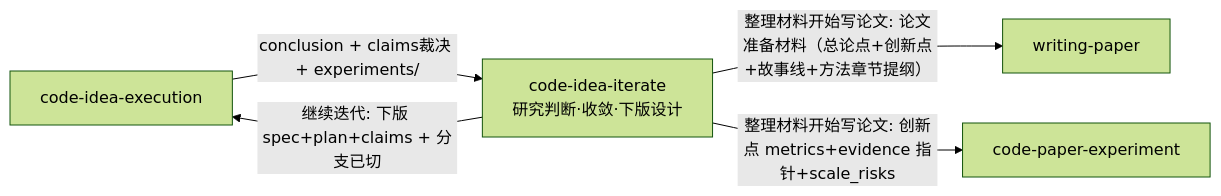
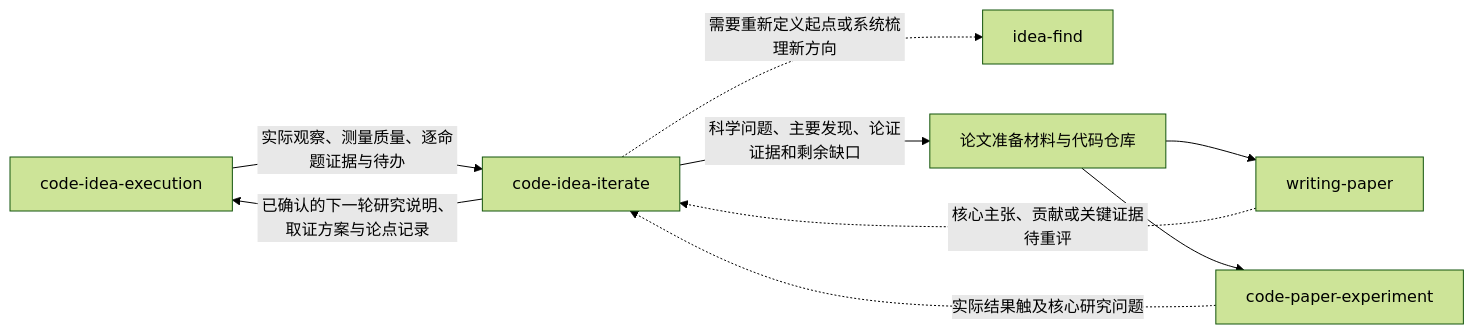
One commit to jackwang0108/dl-assistant changed the first of 2 diagrams in plugins/dl-assistant/skills/code-idea-iterate/SKILL.md. Above: the diagram before and after it, drawn with Mermaid (forest theme). The commit also changed other lines of this file and 14 other files, not shown here.

````diff
--- a/plugins/dl-assistant/skills/code-idea-iterate/SKILL.md
+++ b/plugins/dl-assistant/skills/code-idea-iterate/SKILL.md
@@ -48,8 +14,11 @@
 ```mermaid
 flowchart LR
-    EX[code-idea-execution] -->|conclusion + claims裁决 + experiments/| IT
-    IT["code-idea-iterate<br/>研究判断·收敛·下版设计"]
-    IT -->|继续迭代: 下版 spec+plan+claims + 分支已切| EX
-    IT -->|整理材料开始写论文: 论文准备材料（总论点+创新点+故事线+方法章节提纲）| WP[writing-paper]
-    IT -->|整理材料开始写论文: 创新点 metrics+evidence 指针+scale_risks| CPE[code-paper-experiment]
+    EX["code-idea-execution"] -->|"实际观察、测量质量、逐命题证据与待办"| IT["code-idea-iterate"]
+    IT -->|"已确认的下一轮研究说明、取证方案与论点记录"| EX
+    IT -.->|"需要重新定义起点或系统梳理新方向"| IF["idea-find"]
+    IT -->|"科学问题、主要发现、论证证据和剩余缺口"| PKG["论文准备材料与代码仓库"]
+    PKG --> WP["writing-paper"]
+    PKG --> CPE["code-paper-experiment"]
+    WP -.->|"核心主张、贡献或关键证据待重评"| IT
+    CPE -.->|"实际结果触及核心研究问题"| IT
 ```
````
